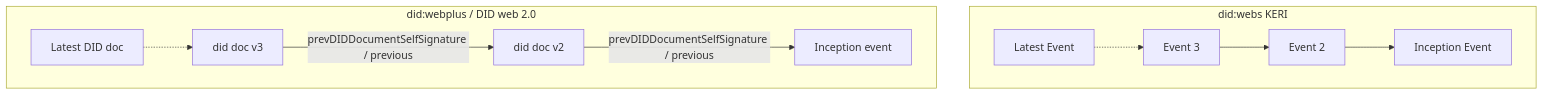
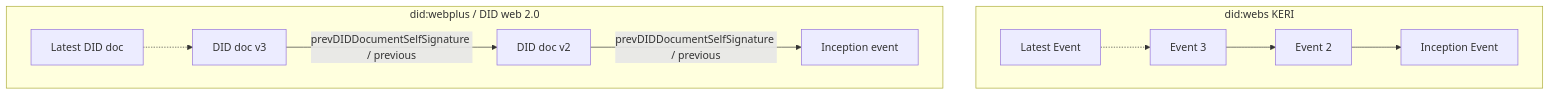
The first of 2 diagrams in README.md (Echsecutor/beyond-did-web), drawn with Mermaid before and after one commit. The commit also changed other lines of this file, not shown here.

Commit message:
todo in Feature requests: What is did:web lacking Fixes #27

````diff
--- a/README.md
+++ b/README.md
@@ -319,12 +337,12 @@
 ```mermaid
 flowchart TD
 
 subgraph did:webs KERI
     kerivn[Latest Event] -.-> keriv3[Event 3] --> keriv2[Event 2]  -->  keriv1[Inception Event]
 end
 
 subgraph did:webplus / DID web 2.0
-    vn[Latest DID doc] -.-> v3[did doc v3] -- prevDIDDocumentSelfSignature / previous --> v2[did doc v2] -- prevDIDDocumentSelfSignature / previous -->  v1[Inception event]
+    vn[Latest DID doc] -.-> v3[DID doc v3] -- prevDIDDocumentSelfSignature / previous --> v2[DID doc v2] -- prevDIDDocumentSelfSignature / previous -->  v1[Inception event]
 end
 
 ```
````
